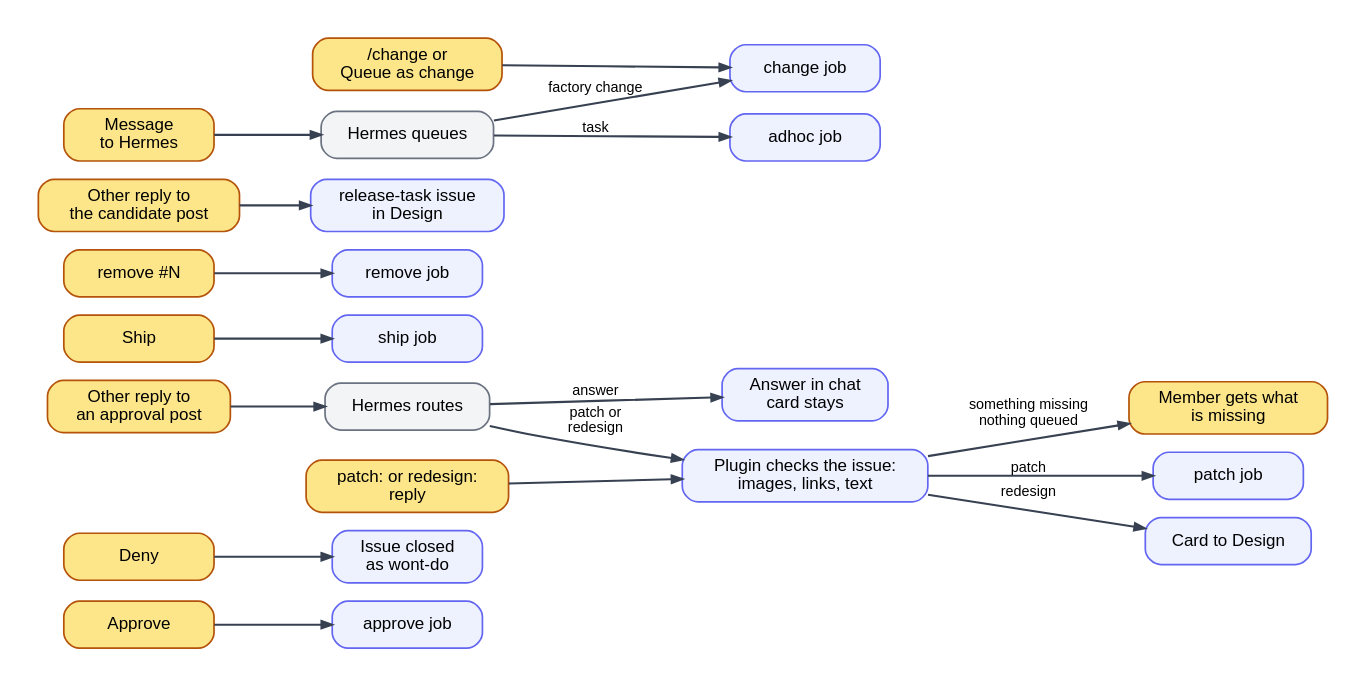
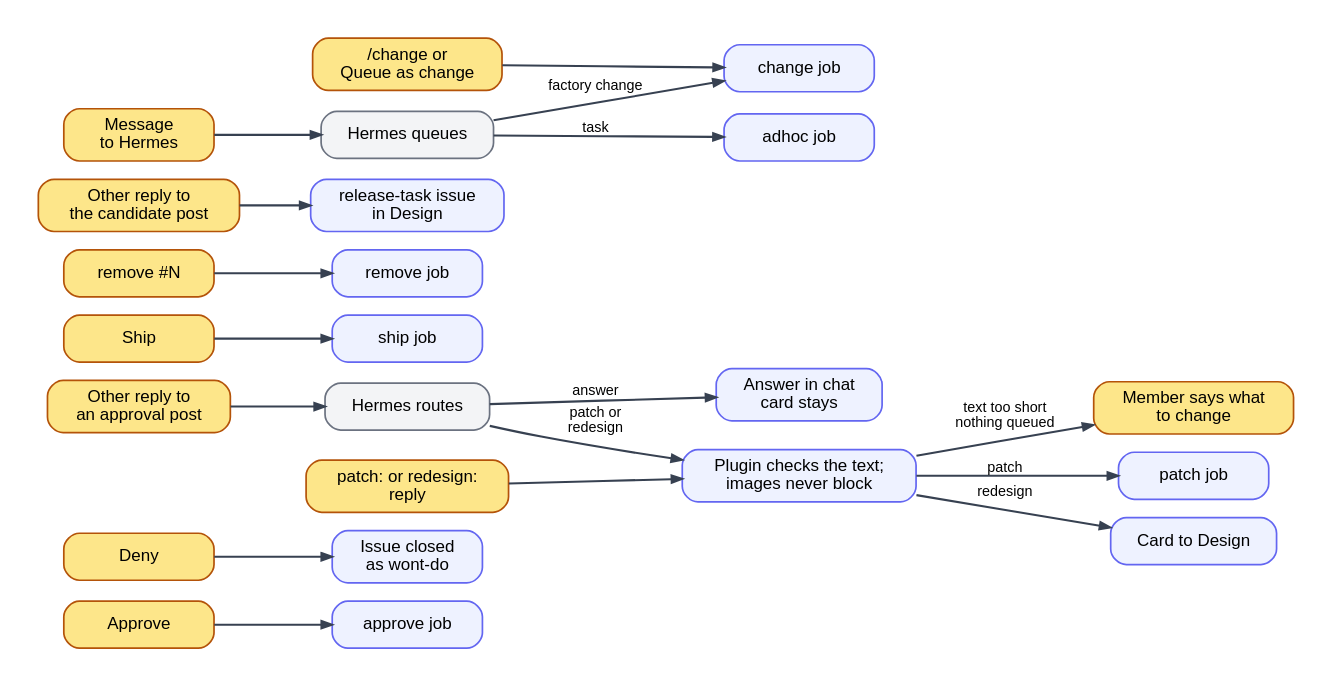
Before and after one commit to btseytlin/road-machiners: the diagram in factory/docs/diagrams/committee.dot, drawn with Graphviz. The commit also changed 6 other files, not shown here.

```diff
--- a/factory/docs/diagrams/committee.dot
+++ b/factory/docs/diagrams/committee.dot
@@ -1,23 +1,23 @@
 // Committee inputs: what each Telegram action queues, and the job that runs it. Yellow: people. Grey: Hermes decides.
 digraph committee {
   rankdir=LR; nodesep=0.2; ranksep=0.7; bgcolor=white; pad=0.3;
   node [shape=box, style="rounded,filled", fillcolor="#eef2ff", color="#6366f1", fontname="Helvetica", fontsize=13, margin="0.2,0.08", penwidth=1.3, width=1.6];
   edge [color="#374151", penwidth=1.6, arrowsize=0.8, fontname="Helvetica", fontsize=11];
   node [fillcolor="#fde68a", color="#b45309"];
   approve [label="Approve"]; deny [label="Deny"]; reply [label="Other reply to\nan approval post"]; forced [label="patch: or redesign:\nreply"];
   ship [label="Ship"]; remove [label="remove #N"]; rtask [label="Other reply to\nthe candidate post"]; change [label="/change or\nQueue as change"]; ask [label="Message\nto Hermes"];
-  member [label="Member gets what\nis missing"];
+  member [label="Member says what\nto change"];
   node [fillcolor="#f3f4f6", color="#6b7280"];
   hermes [label="Hermes routes"]; hermes2 [label="Hermes queues"];
   node [fillcolor="#eef2ff", color="#6366f1"];
-  ready [label="Plugin checks the issue:\nimages, links, text"];
+  ready [label="Plugin checks the text;\nimages never block"];
   node [fillcolor="#eef2ff", color="#6366f1"];
   approveJob [label="approve job"]; closed [label="Issue closed\nas wont-do"]; answer [label="Answer in chat\ncard stays"];
   patchJob [label="patch job"]; design [label="Card to Design"]; shipJob [label="ship job"]; removeJob [label="remove job"];
   newTask [label="release-task issue\nin Design"]; changeJob [label="change job"]; adhocJob [label="adhoc job"];
   approve -> approveJob; deny -> closed;
   reply -> hermes; hermes -> answer [label="answer"]; hermes -> ready [label="patch or\nredesign"];
-  forced -> ready; ready -> patchJob [label="patch"]; ready -> design [label="redesign"]; ready -> member [label="something missing\nnothing queued"];
+  forced -> ready; ready -> patchJob [label="patch"]; ready -> design [label="redesign"]; ready -> member [label="text too short\nnothing queued"];
   ship -> shipJob; remove -> removeJob; rtask -> newTask;
   change -> changeJob; ask -> hermes2; hermes2 -> adhocJob [label="task"]; hermes2 -> changeJob [label="factory change"];
 }
```
